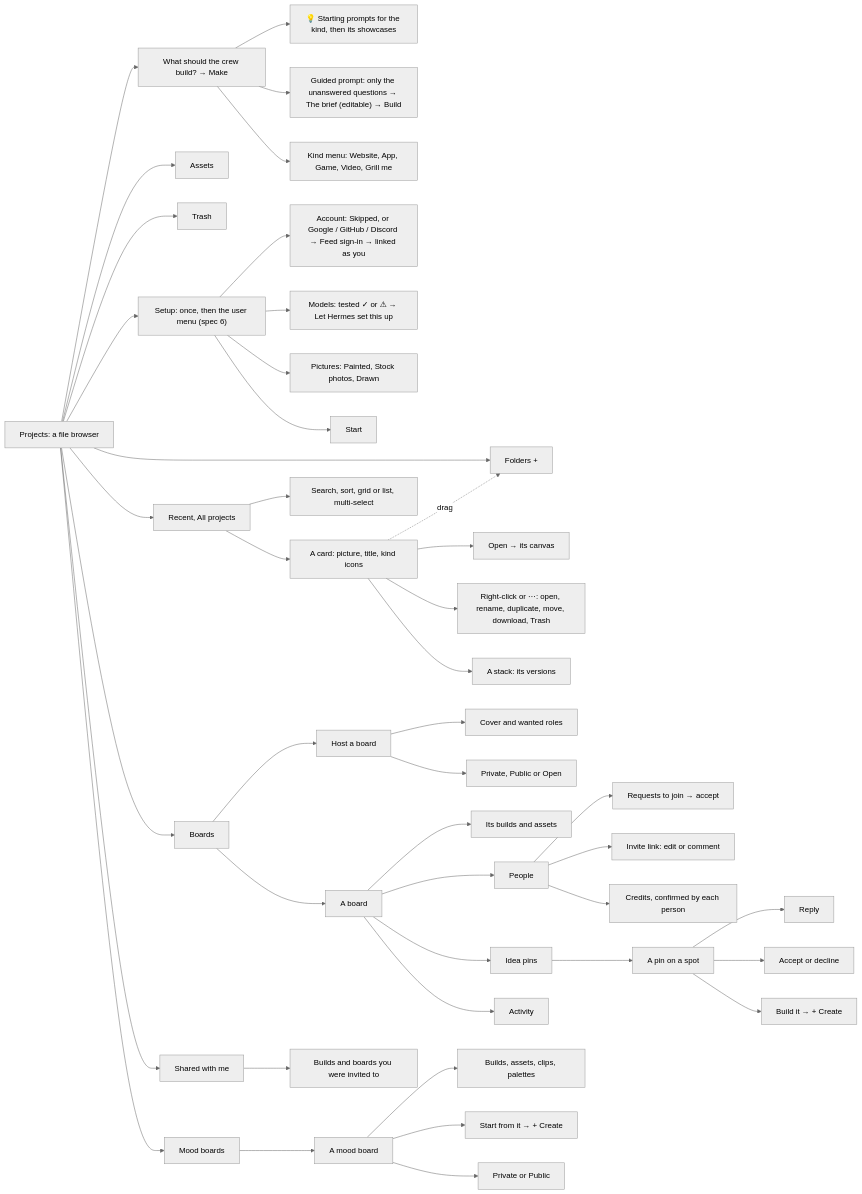
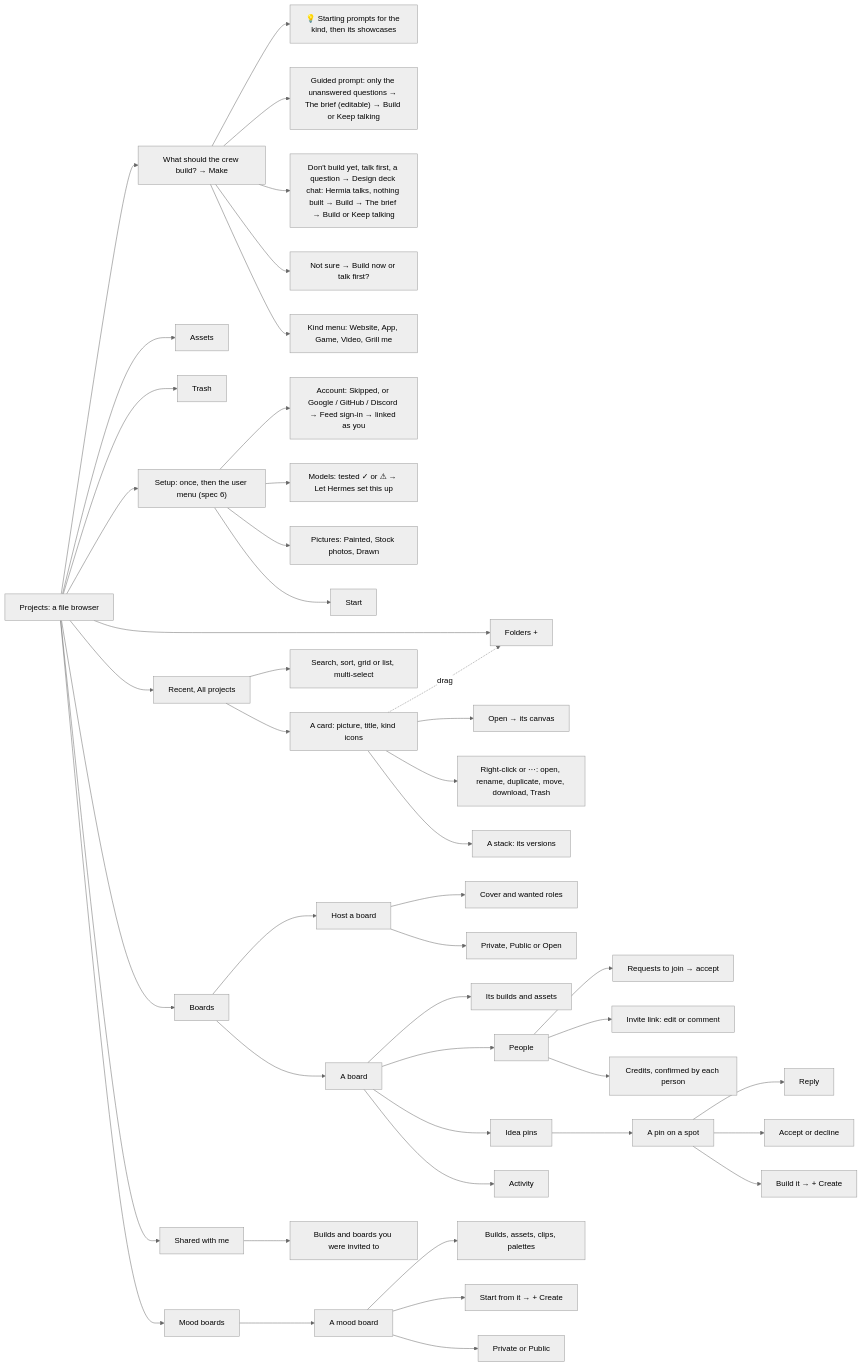
The seventh of 26 diagrams in docs/ux/SITEMAP.md (Pukujan/swarm-studio), drawn with Mermaid (neutral theme) before and after one commit. The commit also changed 13 other files, not shown here.

First line of the commit message:
Talk before building: "don't build yet" opens a talk with the planner, never a build

````diff
--- a/docs/ux/SITEMAP.md
+++ b/docs/ux/SITEMAP.md
@@ -193,45 +193,47 @@
 ```mermaid
 flowchart LR
   PROJ[Projects: a file browser] --> MB["Recent, All projects"]
   PROJ --> AS[Assets]
   PROJ --> TR[Trash]
   PROJ --> FO["Folders +"]
   PROJ --> ASK["What should the crew build? → Make"]
   ASK --> SC["💡 Starting prompts for the kind, then its showcases"]
-  ASK --> GR["Guided prompt: only the unanswered questions → The brief (editable) → Build"]
+  ASK --> GR["Guided prompt: only the unanswered questions → The brief (editable) → Build or Keep talking"]
+  ASK --> TK["Don't build yet, talk first, a question → Design deck chat: Hermia talks, nothing built → Build → The brief → Build or Keep talking"]
+  ASK --> TU["Not sure → Build now or talk first?"]
   ASK --> KM["Kind menu: Website, App, Game, Video, Grill me"]
   PROJ --> BD[Boards]
   PROJ --> MO[Mood boards]
   PROJ --> SW[Shared with me]
   PROJ --> SU["Setup: once, then the user menu (spec 6)"]
   SU --> SU0["Account: Skipped, or Google / GitHub / Discord → Feed sign-in → linked as you"]
   SU --> SU1["Models: tested ✓ or ⚠ → Let Hermes set this up"]
   SU --> SU2["Pictures: Painted, Stock photos, Drawn"]
   SU --> SU3[Start]
   MB --> ST["A card: picture, title, kind icons"]
   MB --> MS["Search, sort, grid or list, multi-select"]
   ST --> ORB["Open → its canvas"]
   ST --> RM["Right-click or ⋯: open, rename, duplicate, move, download, Trash"]
   ST --> VS["A stack: its versions"]
   ST -.->|drag| FO
   BD --> BO[A board]
   BD --> BN[Host a board]
   BN --> BN1["Cover and wanted roles"]
   BN --> BN2["Private, Public or Open"]
   BO --> BW["Its builds and assets"]
   BO --> BP[People]
   BO --> BI[Idea pins]
   BO --> BA[Activity]
   BP --> BP1["Requests to join → accept"]
   BP --> BP2["Invite link: edit or comment"]
   BP --> BP3["Credits, confirmed by each person"]
   BI --> PIN[A pin on a spot]
   PIN --> PIN1[Reply]
   PIN --> PIN2[Accept or decline]
   PIN --> PIN3["Build it → + Create"]
   MO --> MOB[A mood board]
   MOB --> MOI["Builds, assets, clips, palettes"]
   MOB --> MOS["Start from it → + Create"]
   MOB --> MOV["Private or Public"]
   SW --> SWB["Builds and boards you were invited to"]
 ```
````
